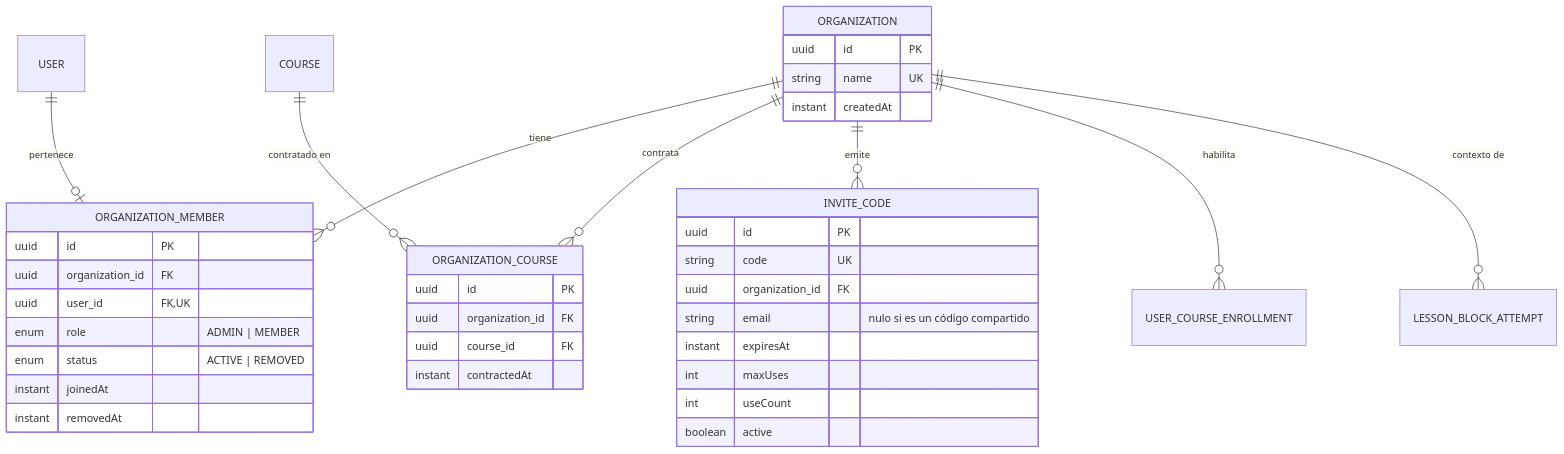
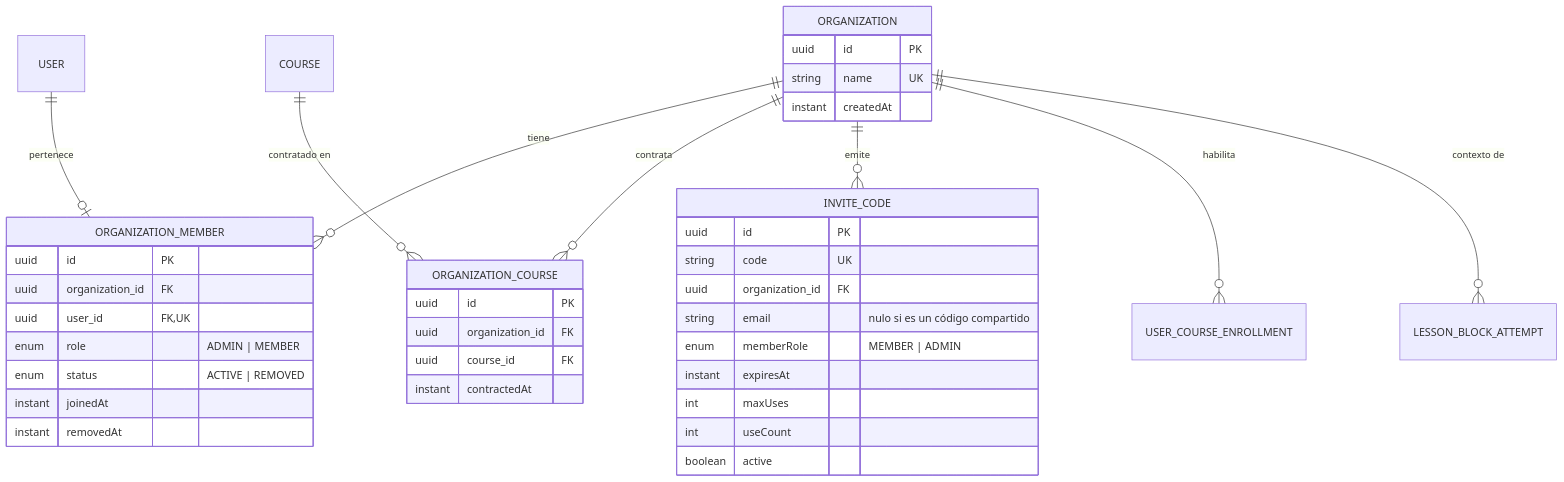
Before and after one commit to signasource/signa-api: the seventh of 7 diagrams in docs/diagrams/er.md, drawn with Mermaid. The commit also changed 17 other files, not shown here.

````diff
--- a/docs/diagrams/er.md
+++ b/docs/diagrams/er.md
@@ -437,41 +437,42 @@
 ```mermaid
 erDiagram
     ORGANIZATION ||--o{ ORGANIZATION_MEMBER : "tiene"
     ORGANIZATION ||--o{ ORGANIZATION_COURSE : "contrata"
     ORGANIZATION ||--o{ INVITE_CODE : "emite"
     ORGANIZATION ||--o{ USER_COURSE_ENROLLMENT : "habilita"
     ORGANIZATION ||--o{ LESSON_BLOCK_ATTEMPT : "contexto de"
     USER ||--o| ORGANIZATION_MEMBER : "pertenece"
     COURSE ||--o{ ORGANIZATION_COURSE : "contratado en"
 
     ORGANIZATION {
         uuid id PK
         string name UK
         instant createdAt
     }
     ORGANIZATION_MEMBER {
         uuid id PK
         uuid organization_id FK
         uuid user_id FK,UK
         enum role "ADMIN | MEMBER"
         enum status "ACTIVE | REMOVED"
         instant joinedAt
         instant removedAt
     }
     ORGANIZATION_COURSE {
         uuid id PK
         uuid organization_id FK
         uuid course_id FK
         instant contractedAt
     }
     INVITE_CODE {
         uuid id PK
         string code UK
         uuid organization_id FK
         string email "nulo si es un código compartido"
+        enum memberRole "MEMBER | ADMIN"
         instant expiresAt
         int maxUses
         int useCount
         boolean active
     }
 ```
````
